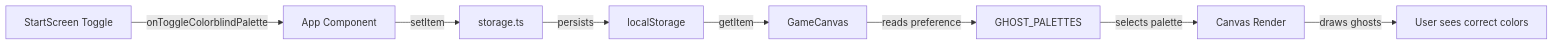
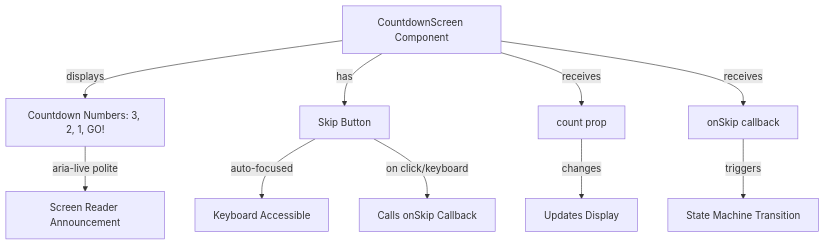
The diagram in docs/agents/junior-react-mission.md (ErezSCE/PacmanClaude4), drawn with Mermaid before and after one commit. The commit also changed other lines of this file and 1 other file, not shown here.

Commit message:
[pacmanclaude4]-[US-020]-feat: work from junior-react on ASSIGN-029 (durable commit)

````diff
--- a/docs/agents/junior-react-mission.md
+++ b/docs/agents/junior-react-mission.md
@@ -23,10 +22,13 @@
 ```mermaid
-graph LR
-    A[StartScreen Toggle] -->|onToggleColorblindPalette| B[App Component]
-    B -->|setItem| C[storage.ts]
-    C -->|persists| D[localStorage]
-    D -->|getItem| E[GameCanvas]
-    E -->|reads preference| F[GHOST_PALETTES]
-    F -->|selects palette| G[Canvas Render]
-    G -->|draws ghosts| H[User sees correct colors]
+graph TD
+    A[CountdownScreen Component] -->|displays| B[Countdown Numbers: 3, 2, 1, GO!]
+    A -->|has| C[Skip Button]
+    C -->|auto-focused| D[Keyboard Accessible]
+    C -->|on click/keyboard| E[Calls onSkip Callback]
+    B -->|aria-live polite| F[Screen Reader Announcement]
+    A -->|receives| G[count prop]
+    G -->|changes| H[Updates Display]
+    A -->|receives| I[onSkip callback]
+    I -->|triggers| J[State Machine Transition]
+
 ```
````
